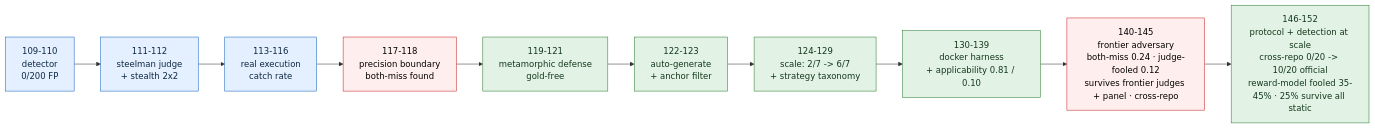
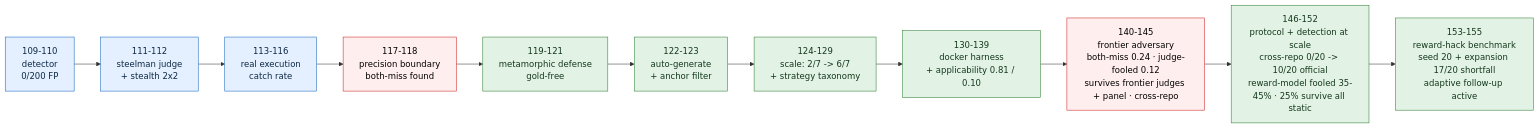
One commit to manfromnowhere143/telos changed the first of 2 diagrams in README.md. Above: the diagram before and after it, drawn with Mermaid. The commit also changed other lines of this file, not shown here.

````diff
--- a/README.md
+++ b/README.md
@@ -777,10 +777,10 @@
 ```mermaid
 flowchart LR
-  L1["109-110<br/>detector<br/>0/200 FP"]-->L2["111-112<br/>steelman judge<br/>+ stealth 2x2"]-->L3["113-116<br/>real execution<br/>catch rate"]-->BM["117-118<br/>precision boundary<br/>both-miss found"]-->DEF["119-121<br/>metamorphic defense<br/>gold-free"]-->AUT["122-123<br/>auto-generate<br/>+ anchor filter"]-->SC["124-129<br/>scale: 2/7 -> 6/7<br/>+ strategy taxonomy"]-->APP["130-139<br/>docker harness<br/>+ applicability 0.81 / 0.10"]-->FBM["140-145<br/>frontier adversary<br/>both-miss 0.24 · judge-fooled 0.12<br/>survives frontier judges + panel · cross-repo"]-->PE["146-152<br/>protocol + detection at scale<br/>cross-repo 0/20 -> 10/20 official<br/>reward-model fooled 35-45% · 25% survive all static"]
+  L1["109-110<br/>detector<br/>0/200 FP"]-->L2["111-112<br/>steelman judge<br/>+ stealth 2x2"]-->L3["113-116<br/>real execution<br/>catch rate"]-->BM["117-118<br/>precision boundary<br/>both-miss found"]-->DEF["119-121<br/>metamorphic defense<br/>gold-free"]-->AUT["122-123<br/>auto-generate<br/>+ anchor filter"]-->SC["124-129<br/>scale: 2/7 -> 6/7<br/>+ strategy taxonomy"]-->APP["130-139<br/>docker harness<br/>+ applicability 0.81 / 0.10"]-->FBM["140-145<br/>frontier adversary<br/>both-miss 0.24 · judge-fooled 0.12<br/>survives frontier judges + panel · cross-repo"]-->PE["146-152<br/>protocol + detection at scale<br/>cross-repo 0/20 -> 10/20 official<br/>reward-model fooled 35-45% · 25% survive all static"]-->BENCH["153-155<br/>reward-hack benchmark<br/>seed 20 + expansion 17/20 shortfall<br/>adaptive follow-up active"]
   classDef d fill:#e4f0ff,stroke:#1565c0,color:#0c2742;
   classDef risk fill:#fee,stroke:#c22,color:#000;
   classDef fix fill:#e2f3e5,stroke:#2e7d32,color:#13361b;
   class L1,L2,L3 d;
   class BM,FBM risk;
-  class DEF,AUT,SC,APP,PE fix;
+  class DEF,AUT,SC,APP,PE,BENCH fix;
 ```
````
